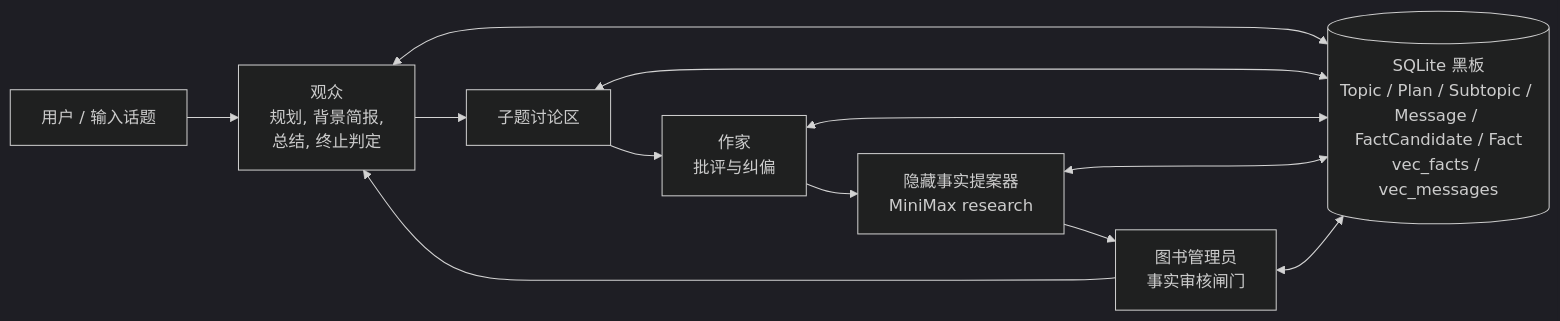
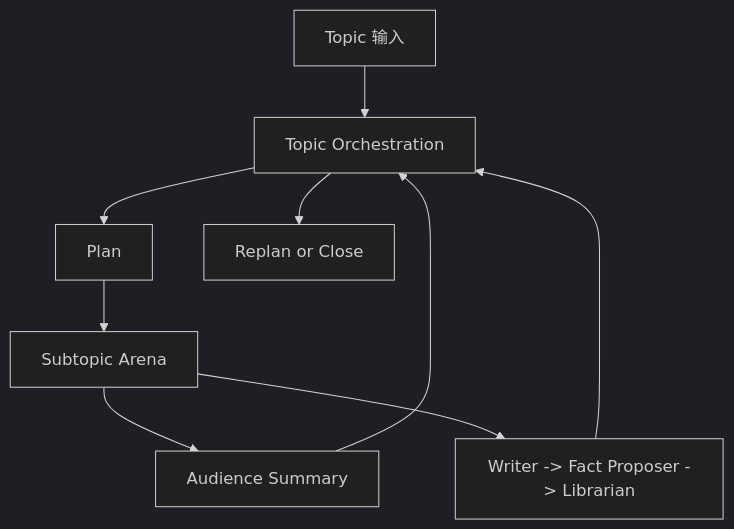
One commit to G-R-O-X/Grox_chat changed the first of 2 diagrams in README_CN.md. Above: the diagram before and after it, drawn with Mermaid (dark theme). The commit also changed other lines of this file and 14 other files, not shown here.

````diff
--- a/README_CN.md
+++ b/README_CN.md
@@ -36,17 +33,11 @@
 ```mermaid
-flowchart LR
-    User[用户 / 输入话题] --> Audience[观众<br/>规划, 背景简报,<br/>总结, 终止判定]
-    Audience --> Arena[子题讨论区]
-    Arena --> Writer[作家<br/>批评与纠偏]
-    Writer --> Proposer[隐藏事实提案器<br/>MiniMax research]
-    Proposer --> Librarian[图书管理员<br/>事实审核闸门]
-    Librarian --> Audience
-
-    Memory[(SQLite 黑板<br/>Topic / Plan / Subtopic / Message / FactCandidate / Fact<br/>vec_facts / vec_messages)]
-
-    Audience <--> Memory
-    Arena <--> Memory
-    Writer <--> Memory
-    Proposer <--> Memory
-    Librarian <--> Memory
+flowchart TD
+    User[Topic 输入] --> TopicGraph[Topic Orchestration]
+    TopicGraph --> Plan[Plan]
+    Plan --> Arena[Subtopic Arena]
+    Arena --> Summary[Audience Summary]
+    Arena --> Facts[Writer -> Fact Proposer -> Librarian]
+    Summary --> TopicGraph
+    Facts --> TopicGraph
+    TopicGraph --> Close[Replan or Close]
 ```
````
